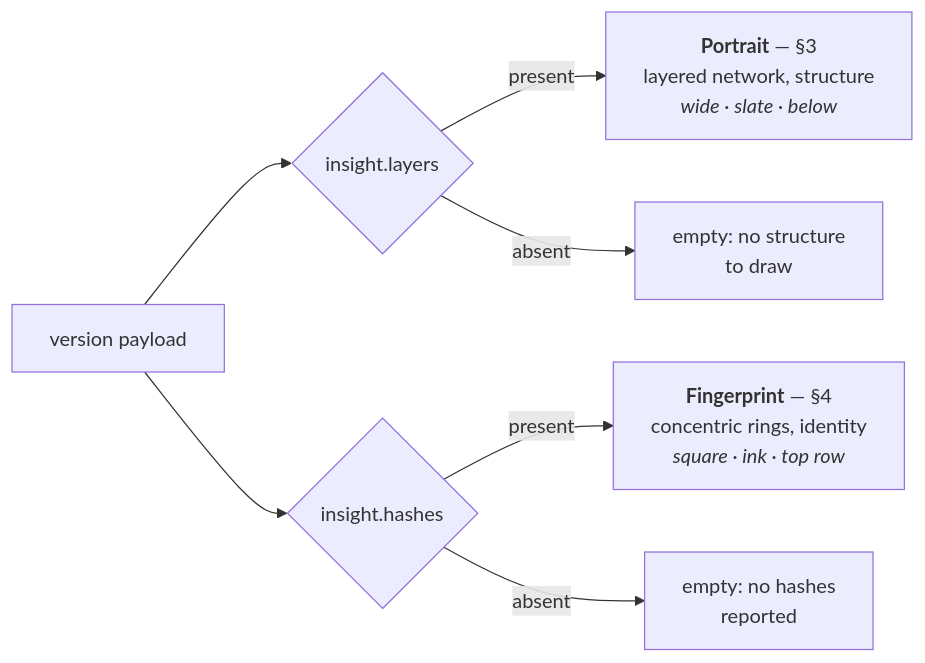
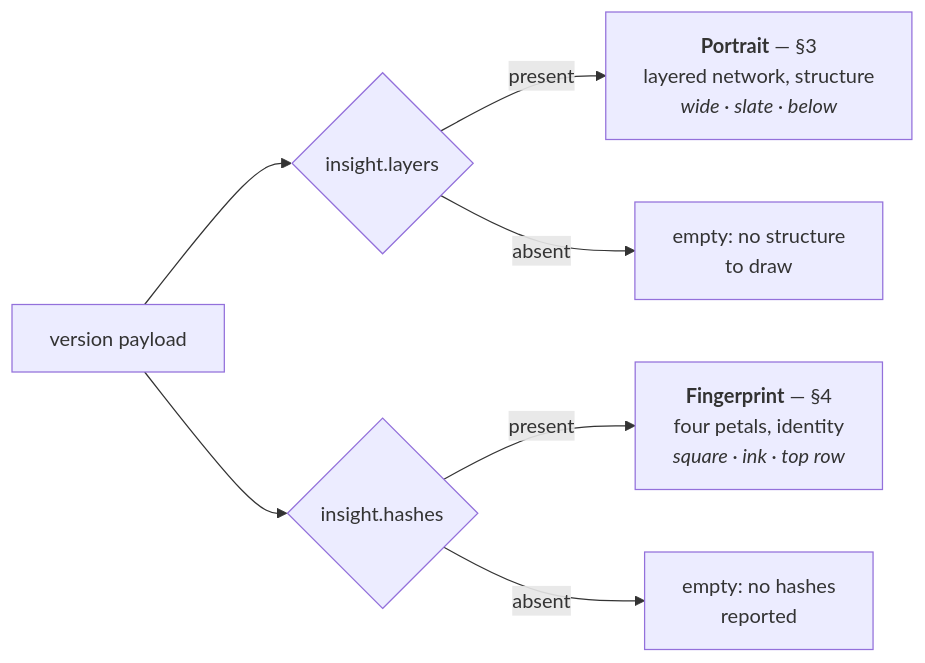
One commit to proseria-research/lineage changed the first of 2 diagrams in docs/12-version-portrait.md. Above: the diagram before and after it, drawn with Mermaid. The commit also changed other lines of this file and 4 other files, not shown here.

First line of the commit message:
feat(console): the fingerprint as four point-cloud petals

````diff
--- a/docs/12-version-portrait.md
+++ b/docs/12-version-portrait.md
@@ -33,9 +33,9 @@
 ```mermaid
 flowchart LR
     v["version payload"] --> l{"insight.layers"}
     v --> h{"insight.hashes"}
     l -->|present| p["<b>Portrait</b> — §3<br/>layered network, structure<br/><i>wide · slate · below</i>"]
     l -->|absent| pe["empty: no structure<br/>to draw"]
-    h -->|present| r["<b>Fingerprint</b> — §4<br/>concentric rings, identity<br/><i>square · ink · top row</i>"]
+    h -->|present| r["<b>Fingerprint</b> — §4<br/>four petals, identity<br/><i>square · ink · top row</i>"]
     h -->|absent| re["empty: no hashes<br/>reported"]
 ```
````
